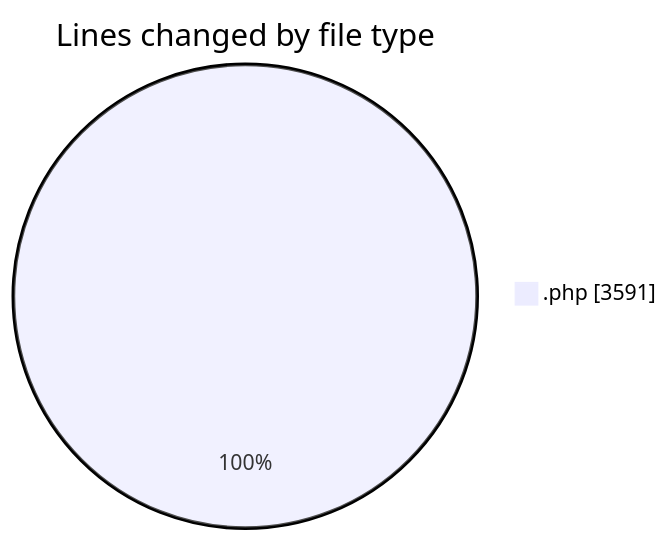
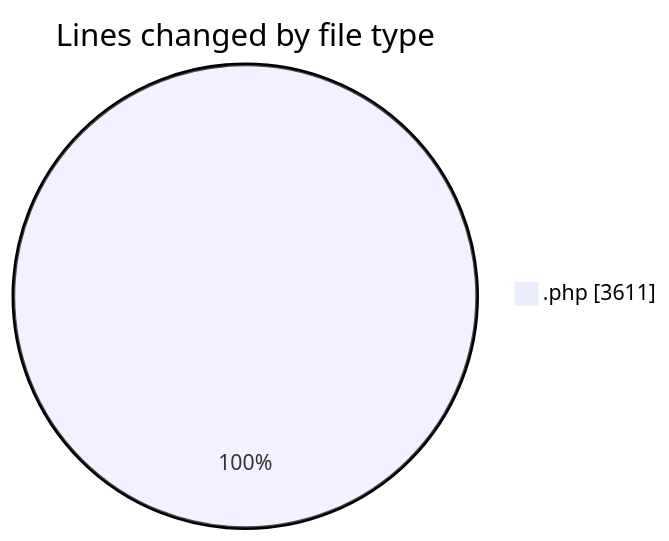
One commit to debugP/code-tracking changed the first of 2 diagrams in 2026-08-05/untitled__workspace_/README.md. Above: the diagram before and after it, drawn with Mermaid. The commit also changed other lines of this file and 1 other file, not shown here.

````diff
--- a/2026-08-05/untitled__workspace_/README.md
+++ b/2026-08-05/untitled__workspace_/README.md
@@ -21,5 +21,5 @@
 ```mermaid
 pie showData
 title Lines changed by file type
-".php" : 3591
+".php" : 3611
 ```
````
